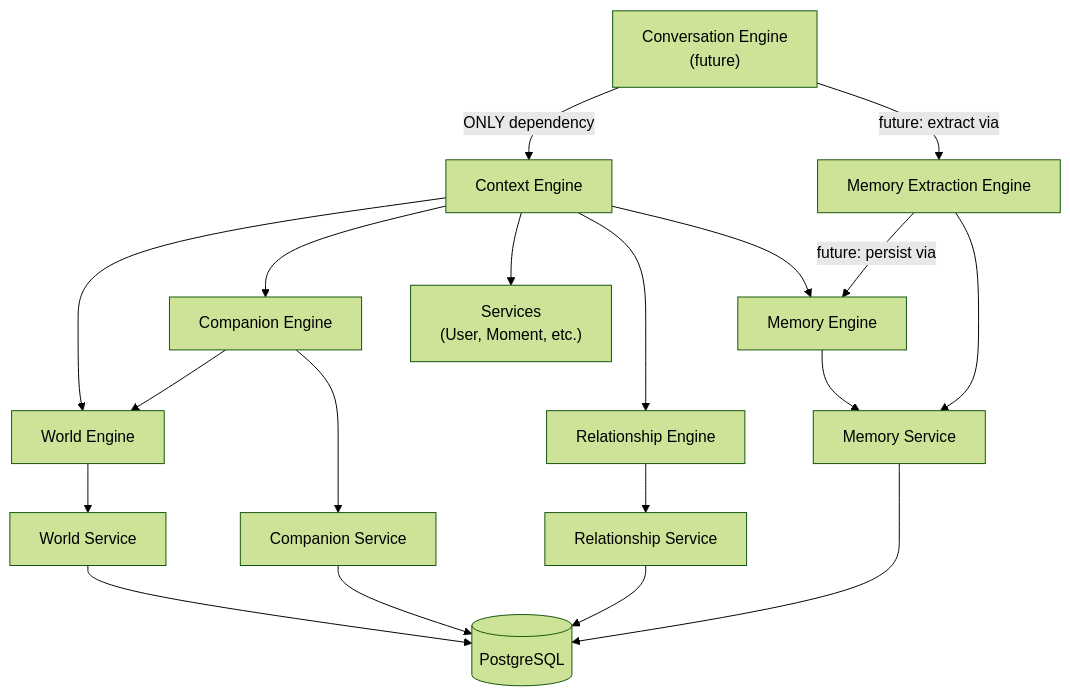
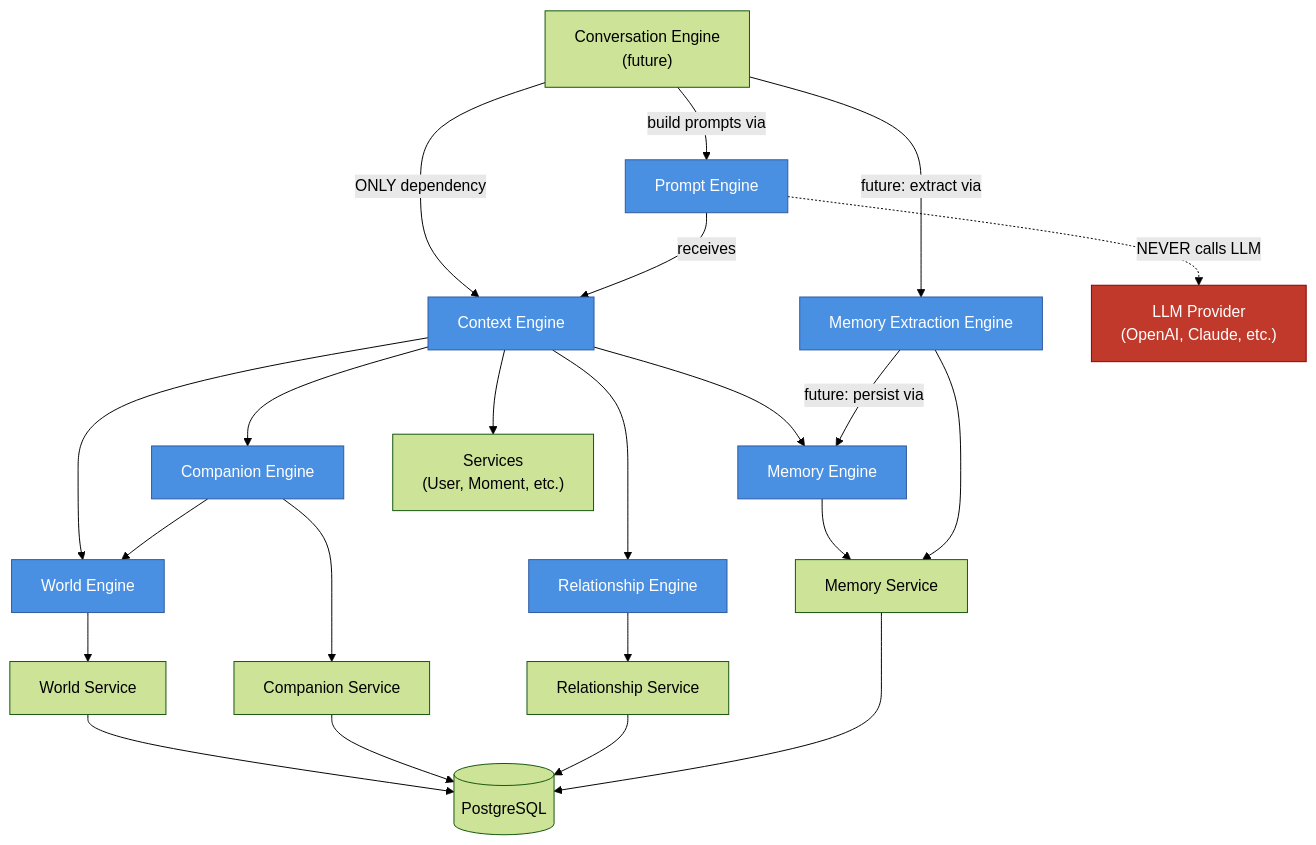
The first of 2 diagrams in src/engines/README.md (shubhamagar123/featherlite), drawn with Mermaid (forest theme) before and after one commit. The commit also changed other lines of this file and 13 other files, not shown here.

First line of the commit message:
feat: introduce Prompt Engine (LLM-agnostic prompt construction)

````diff
--- a/src/engines/README.md
+++ b/src/engines/README.md
@@ -27,28 +28,38 @@
 ```mermaid
 flowchart TD
     CVE["Conversation Engine<br/>(future)"]
 
     CVE -->|"ONLY dependency"| CTX["Context Engine"]
+    CVE -->|"build prompts via"| PROMPT["Prompt Engine"]
 
     CTX --> WE["World Engine"]
     CTX --> CE["Companion Engine"]
     CTX --> RE["Relationship Engine"]
     CTX --> ME["Memory Engine"]
     CTX --> SVC["Services<br/>(User, Moment, etc.)"]
 
     CE --> WE
+
+    PROMPT -->|"receives"| CTX
 
     CVE -->|"future: extract via"| MEE["Memory Extraction Engine"]
     MEE -->|"future: persist via"| ME
 
     WE --> WS["World Service"]
     CE --> CS["Companion Service"]
     RE --> RS["Relationship Service"]
     ME --> MS["Memory Service"]
     MEE --> MS
 
     WS --> DB[("PostgreSQL")]
     CS --> DB
     RS --> DB
     MS --> DB
+
+    PROMPT -. "NEVER calls LLM" .-> LLM["LLM Provider<br/>(OpenAI, Claude, etc.)"]
+
+    classDef engine fill:#4a90e2,stroke:#2c5aa0,color:#fff
+    classDef forbidden fill:#c0392b,stroke:#8b0000,color:#fff
+    class WE,CE,RE,ME,MEE,CTX,PROMPT engine
+    class LLM forbidden
 ```
````
